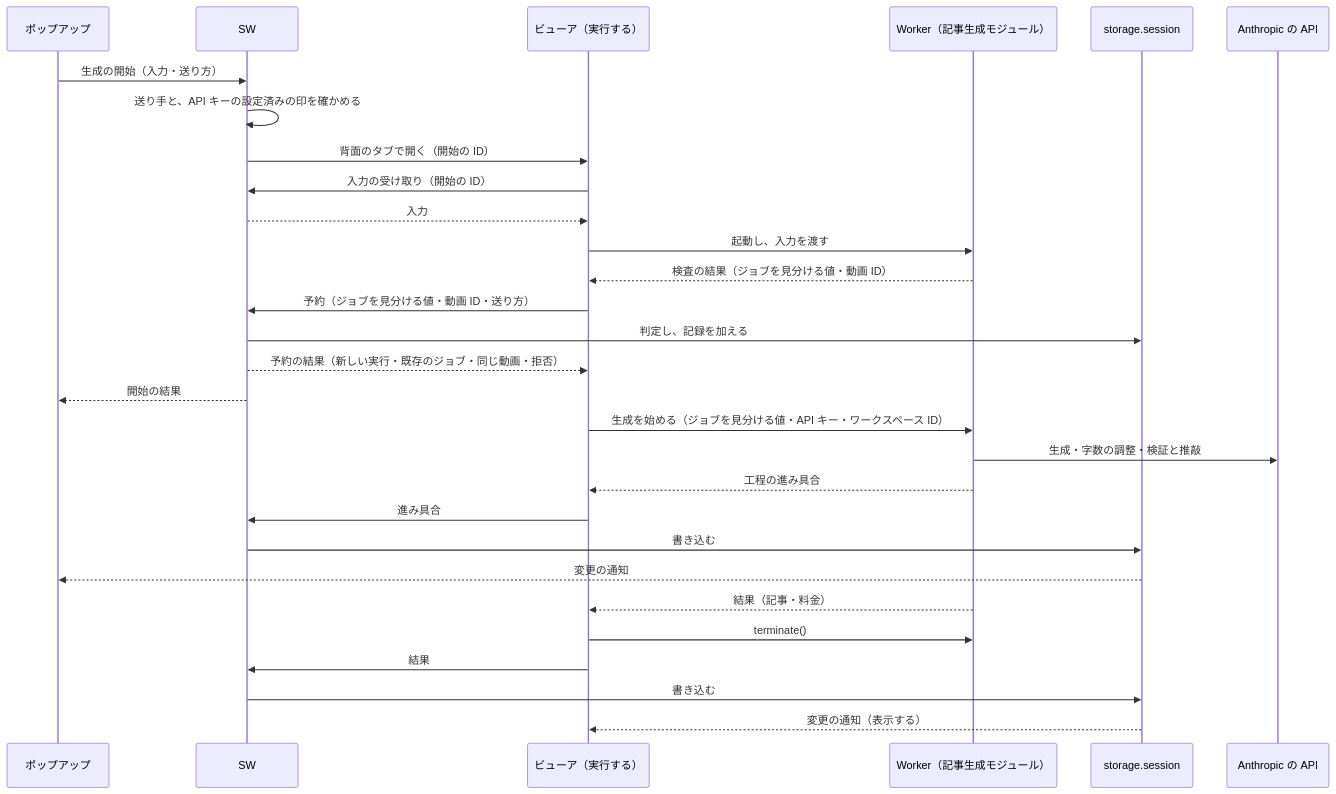
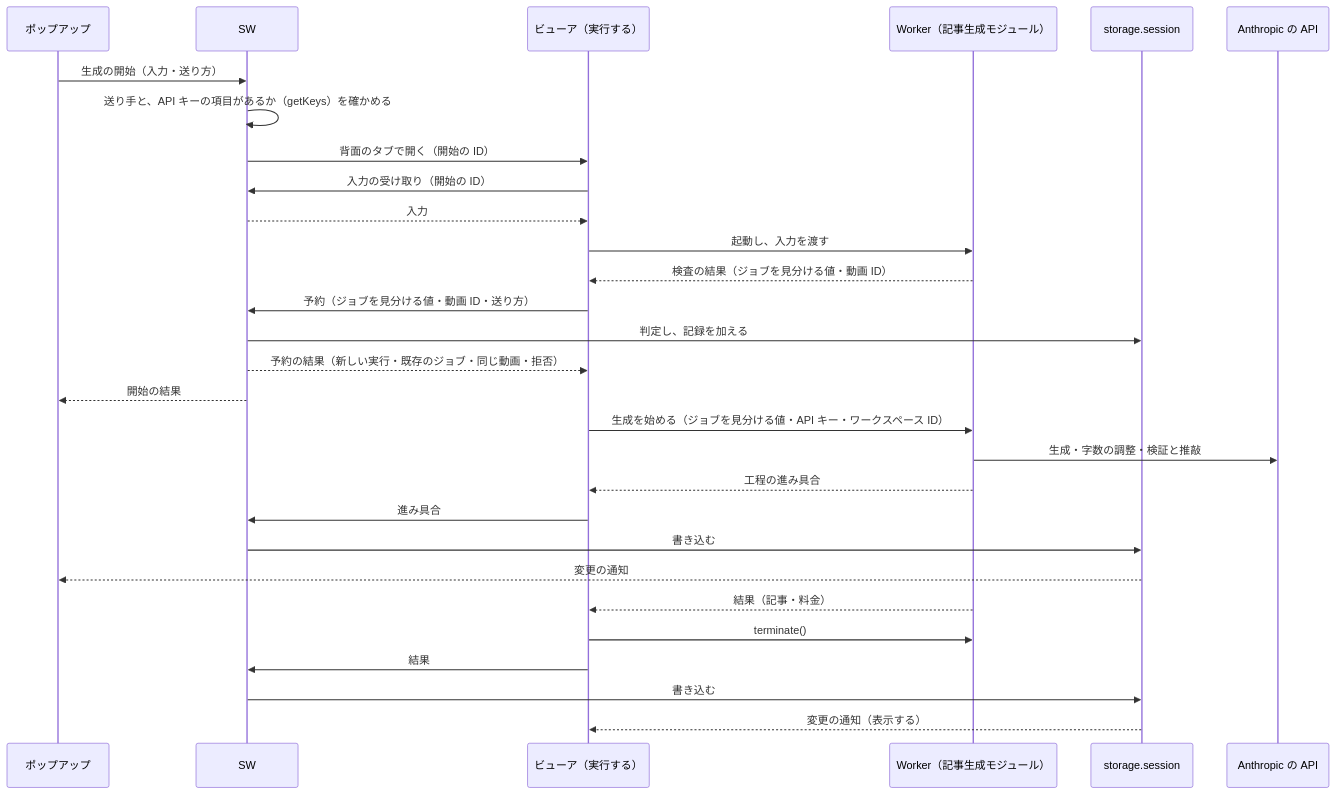
One commit to isseis/yt2column changed the fourth of 9 diagrams in docs/tasks/0090_extension_only_architecture/02_architecture.md. Above: the diagram before and after it, drawn with Mermaid. The commit also changed other lines of this file and 5 other files, not shown here.

First line of the commit message:
docs(0090): set the minimum Chrome version by the one-year rule and check the API key with getKeys

````diff
--- a/docs/tasks/0090_extension_only_architecture/02_architecture.md
+++ b/docs/tasks/0090_extension_only_architecture/02_architecture.md
@@ -226,32 +226,32 @@
 ```mermaid
 sequenceDiagram
     participant P as ポップアップ
     participant S as SW
     participant V as ビューア（実行する）
     participant W as Worker（記事生成モジュール）
     participant SS as storage.session
     participant A as Anthropic の API
 
     P->>S: 生成の開始（入力・送り方）
-    S->>S: 送り手と、API キーの設定済みの印を確かめる
+    S->>S: 送り手と、API キーの項目があるか（getKeys）を確かめる
     S->>V: 背面のタブで開く（開始の ID）
     V->>S: 入力の受け取り（開始の ID）
     S-->>V: 入力
     V->>W: 起動し、入力を渡す
     W-->>V: 検査の結果（ジョブを見分ける値・動画 ID）
     V->>S: 予約（ジョブを見分ける値・動画 ID・送り方）
     S->>SS: 判定し、記録を加える
     S-->>V: 予約の結果（新しい実行・既存のジョブ・同じ動画・拒否）
     S-->>P: 開始の結果
     V->>W: 生成を始める（ジョブを見分ける値・API キー・ワークスペース ID）
     W->>A: 生成・字数の調整・検証と推敲
     W-->>V: 工程の進み具合
     V->>S: 進み具合
     S->>SS: 書き込む
     SS-->>P: 変更の通知
     W-->>V: 結果（記事・料金）
     V->>W: terminate()
     V->>S: 結果
     S->>SS: 書き込む
     SS-->>V: 変更の通知（表示する）
 ```
````
